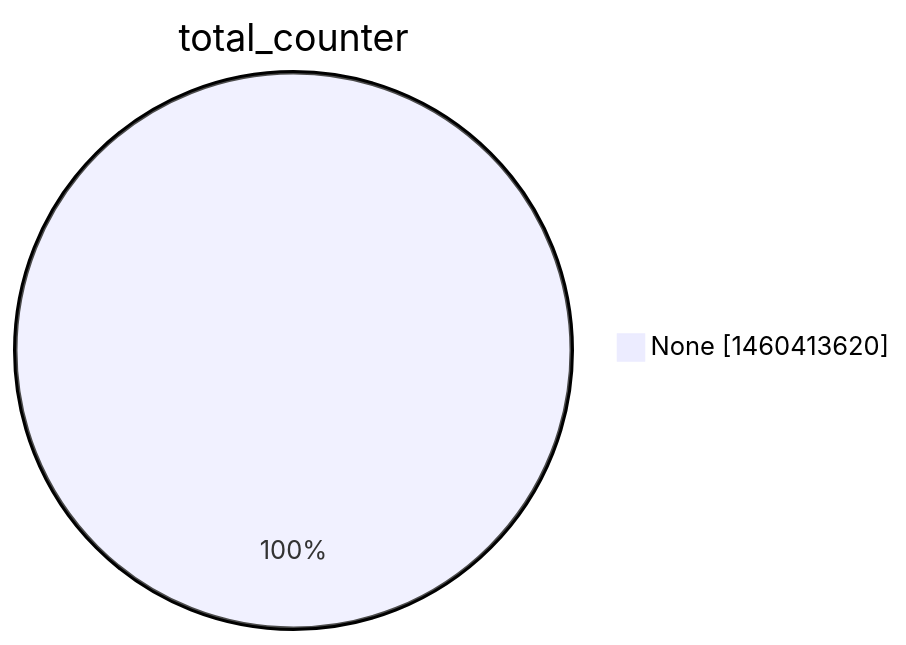
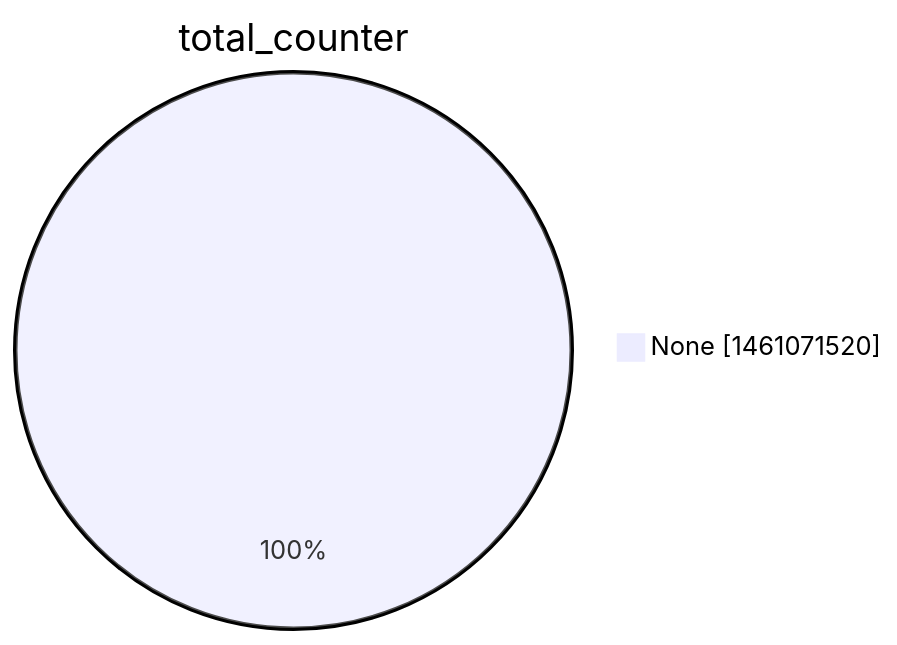
Before and after one commit to christiankrug/ctmonitor_visualization: the second of 15 diagrams in argon2022/README.md, drawn with Mermaid. The commit also changed other lines of this file, not shown here.

````diff
--- a/argon2022/README.md
+++ b/argon2022/README.md
@@ -9,5 +9,5 @@
 ```mermaid
 pie showData
 title total_counter
-"None" :1460413620
+"None" :1461071520
 ```
````
